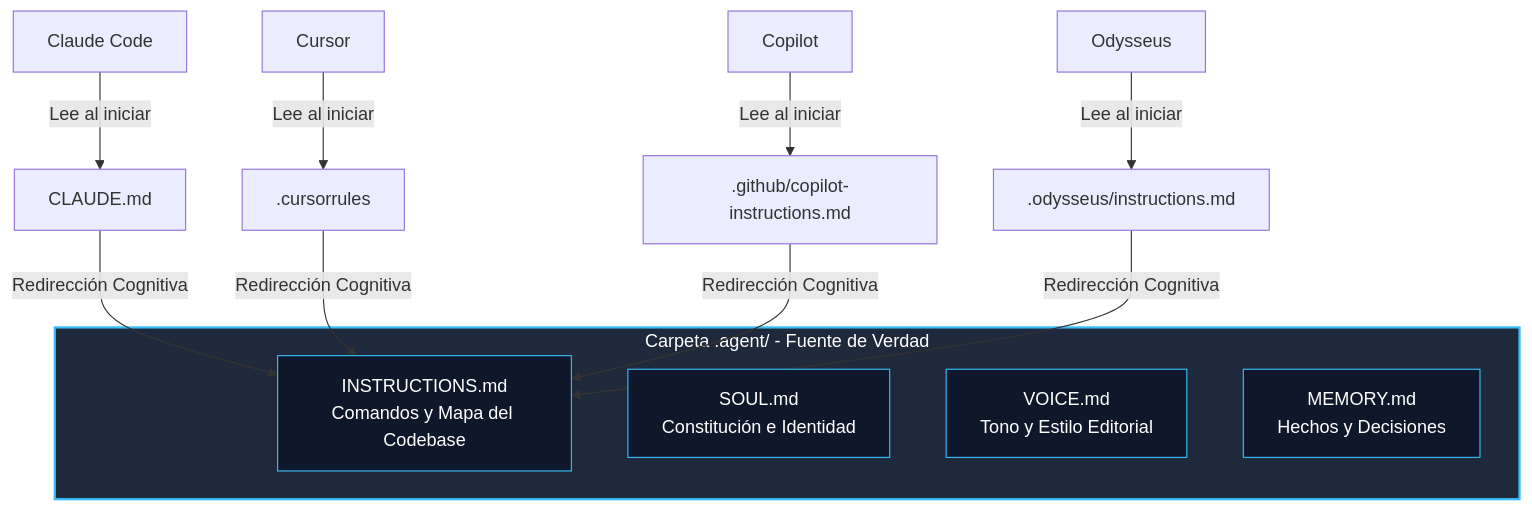
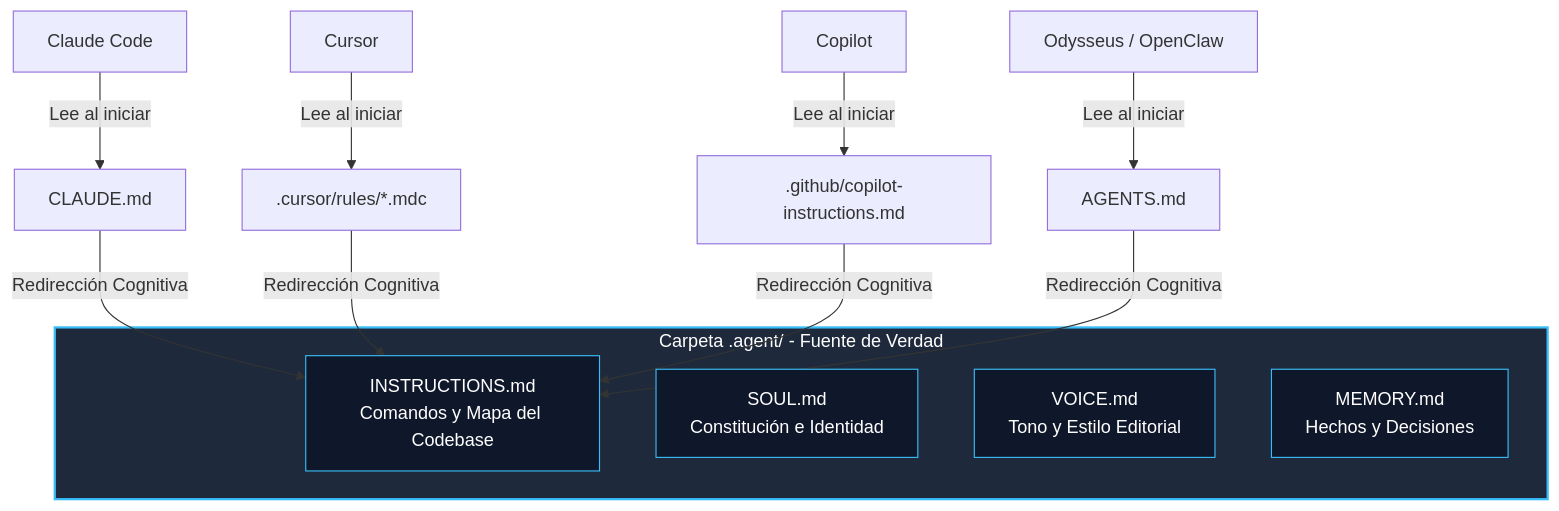
The diagram in docs/06_fundacional/Especificación de agentes cross-CLI.md (Luum-Home/ODLC), drawn with Mermaid before and after one commit. The commit also changed other lines of this file, not shown here.

Commit message:
docs: add tool-specific configuration requirements and AGENTS.md open standard in cross-cli spec

````diff
--- a/docs/06_fundacional/Especificación de agentes cross-CLI.md
+++ b/docs/06_fundacional/Especificación de agentes cross-CLI.md
@@ -36,28 +37,28 @@
 ```mermaid
 graph TD
     %% Plataformas
     SubC[Claude Code] -->|Lee al iniciar| C_MD[CLAUDE.md]
-    SubCur[Cursor] -->|Lee al iniciar| C_Rules[.cursorrules]
+    SubCur[Cursor] -->|Lee al iniciar| C_Rules[.cursor/rules/*.mdc]
     SubCop[Copilot] -->|Lee al iniciar| Cop_Ins[.github/copilot-instructions.md]
-    SubOdy[Odysseus] -->|Lee al iniciar| Ody_Ins[.odysseus/instructions.md]
+    SubOdy[Odysseus / OpenClaw] -->|Lee al iniciar| Ody_Ins[AGENTS.md]
 
     %% Redirecciones
     C_MD -->|Redirección Cognitiva| CoreInst
     C_Rules -->|Redirección Cognitiva| CoreInst
     Cop_Ins -->|Redirección Cognitiva| CoreInst
     Ody_Ins -->|Redirección Cognitiva| CoreInst
 
     %% Fuente de Verdad
     subgraph CoreFolder [Carpeta .agent/ - Fuente de Verdad]
         CoreInst[INSTRUCTIONS.md<br/>Comandos y Mapa del Codebase]
         CoreSoul[SOUL.md<br/>Constitución e Identidad]
         CoreVoice[VOICE.md<br/>Tono y Estilo Editorial]
         CoreMem[MEMORY.md<br/>Hechos y Decisiones]
     end
 
     style CoreFolder fill:#1e293b,stroke:#38bdf8,stroke-width:2px,color:#fff
     style CoreInst fill:#0f172a,stroke:#38bdf8,stroke-width:1px,color:#fff
     style CoreSoul fill:#0f172a,stroke:#38bdf8,stroke-width:1px,color:#fff
     style CoreVoice fill:#0f172a,stroke:#38bdf8,stroke-width:1px,color:#fff
     style CoreMem fill:#0f172a,stroke:#38bdf8,stroke-width:1px,color:#fff
 ```
````
